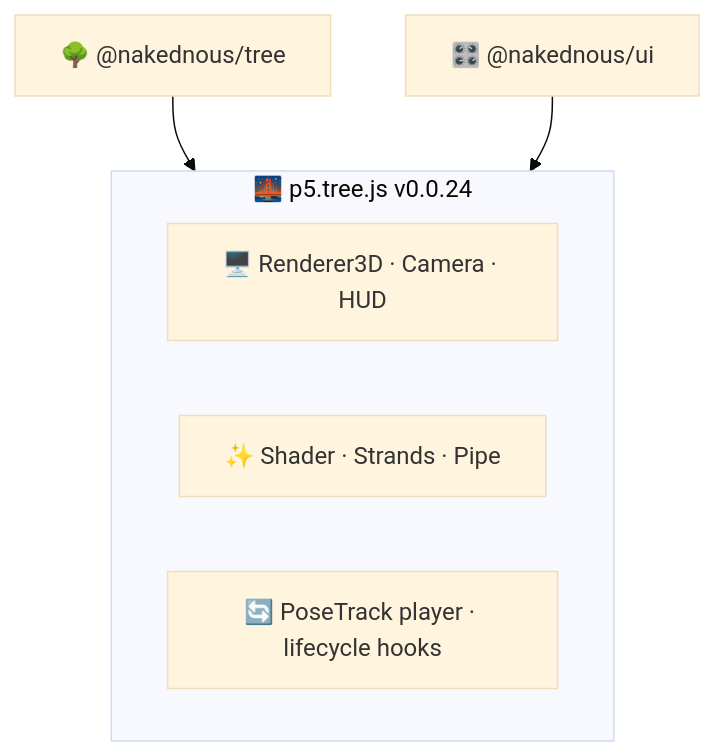
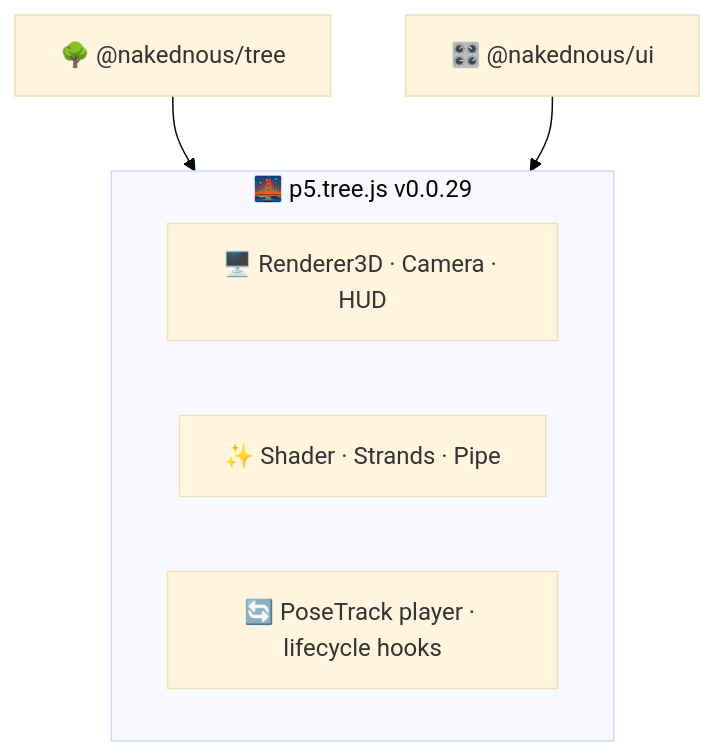
The third of 8 diagrams in slides.md (ABJ-d/tree), drawn with Mermaid (base theme) before and after one commit. The commit also changed other lines of this file and 1 other file, not shown here.

Commit message:
p5.tree 0.0.29 update

````diff
--- a/slides.md
+++ b/slides.md
@@ -97,14 +97,14 @@
 ```mermaid
 flowchart TB
   T["🌳 @nakednous/tree"]
   U["🎛️ @nakednous/ui"]
 
-  subgraph P["🌉 p5.tree.js v0.0.24"]
+  subgraph P["🌉 p5.tree.js v0.0.29"]
     p1["🖥️ Renderer3D · Camera · HUD"]
     p2["✨ Shader · Strands · Pipe"]
     p3["🔄 PoseTrack player · lifecycle hooks"]
   end
 
   T --> P
   U --> P
 ```
````
